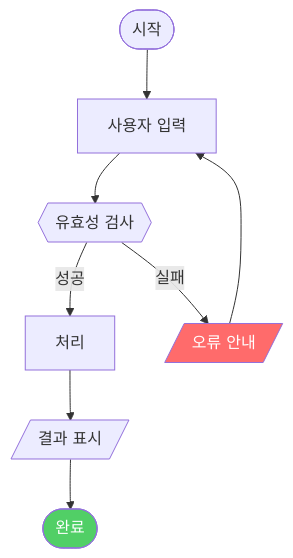
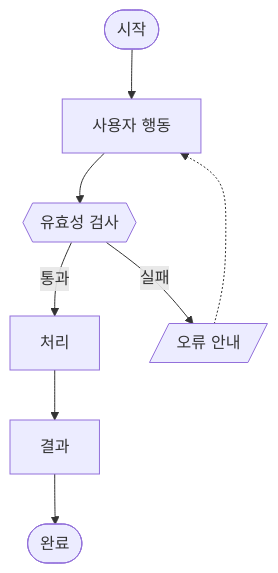
Before and after one commit to kimkm930529/ai-native-pm: the diagram in prd-agent-system/references/prd_template.md, drawn with Mermaid. The commit also changed other lines of this file and 82 other files, not shown here.

````diff
--- a/prd-agent-system/references/prd_template.md
+++ b/prd-agent-system/references/prd_template.md
@@ -85,13 +116,17 @@
 ```mermaid
 flowchart TD
-    Start([시작]) --> Input["사용자 입력"]
-    Input --> Validate{{"유효성 검사"}}
-    Validate -->|성공| Process["처리"]
+    classDef system fill:#EBF5FB,stroke:#2980B9,color:#2C3E50
+    classDef pipeline fill:#F4ECF7,stroke:#8E44AD,color:#2C3E50
+    classDef review fill:#FEFCE8,stroke:#F39C12,color:#2C3E50
+    classDef decision fill:#FEF3E2,stroke:#E67E22,color:#2C3E50
+    classDef done fill:#E9F7EF,stroke:#27AE60,color:#FFFFFF
+    classDef cancel fill:#FDEDEC,stroke:#E74C3C,color:#FFFFFF
+
+    Start([시작]) --> Action["사용자 행동"]
+    Action --> Validate{{"유효성 검사"}}
+    Validate -->|통과| Process["처리"]
     Validate -->|실패| Error[/"오류 안내"/]
-    Error --> Input
-    Process --> Result[/"결과 표시"/]
+    Error -.-> Action
+    Process --> Result["결과"]
     Result --> End([완료])
-
-    style Error fill:#ff6b6b,color:#fff
-    style End fill:#51cf66,color:#fff
 ```
````
